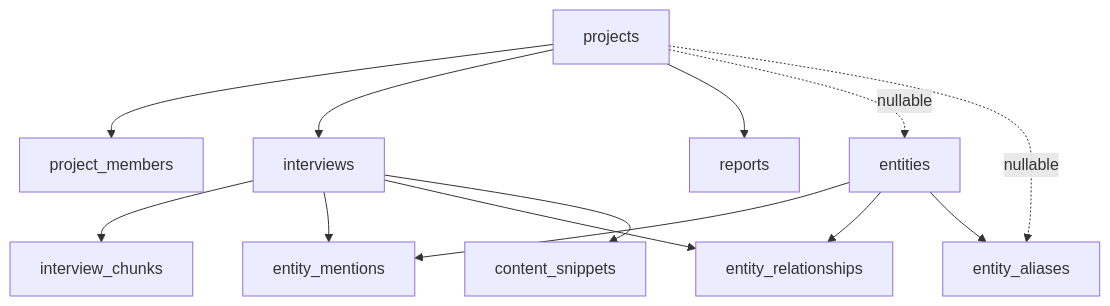
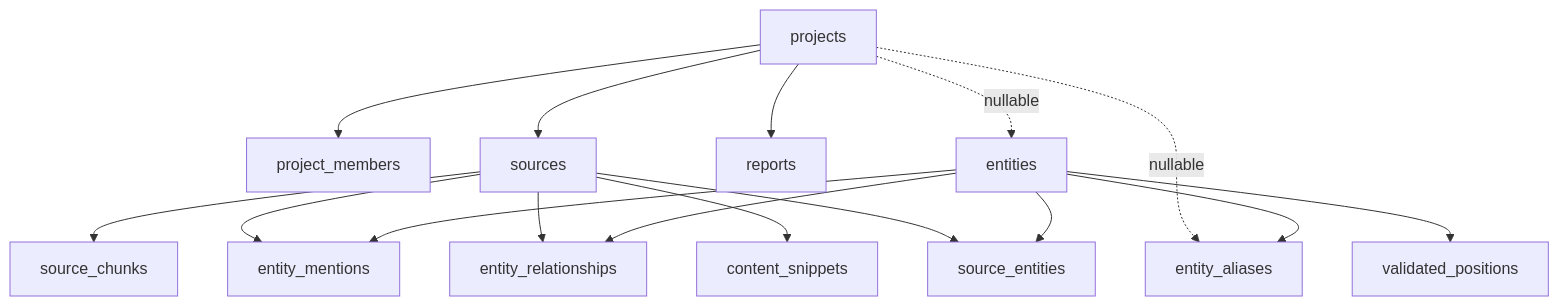
The second of 3 diagrams in docs/infrastructure/database-schema.md (carlosmatac/sovereign-data), drawn with Mermaid before and after one commit. The commit also changed other lines of this file and 9 other files, not shown here.

````diff
--- a/docs/infrastructure/database-schema.md
+++ b/docs/infrastructure/database-schema.md
@@ -343,15 +518,18 @@
 ```mermaid
 flowchart TD
     P[projects] --> PM[project_members]
-    P --> I[interviews]
+    P --> S[sources]
     P --> R[reports]
     P -.->|nullable| E[entities]
     P -.->|nullable| EA[entity_aliases]
-    I --> IC[interview_chunks]
-    I --> EM[entity_mentions]
-    I --> ER[entity_relationships]
-    I --> CS[content_snippets]
+    S --> SC[source_chunks]
+    S --> EM[entity_mentions]
+    S --> ER[entity_relationships]
+    S --> CS[content_snippets]
+    S --> SE[source_entities]
     E --> EM
     E --> ER
     E --> EA
+    E --> SE
+    E --> VP[validated_positions]
 ```
````
